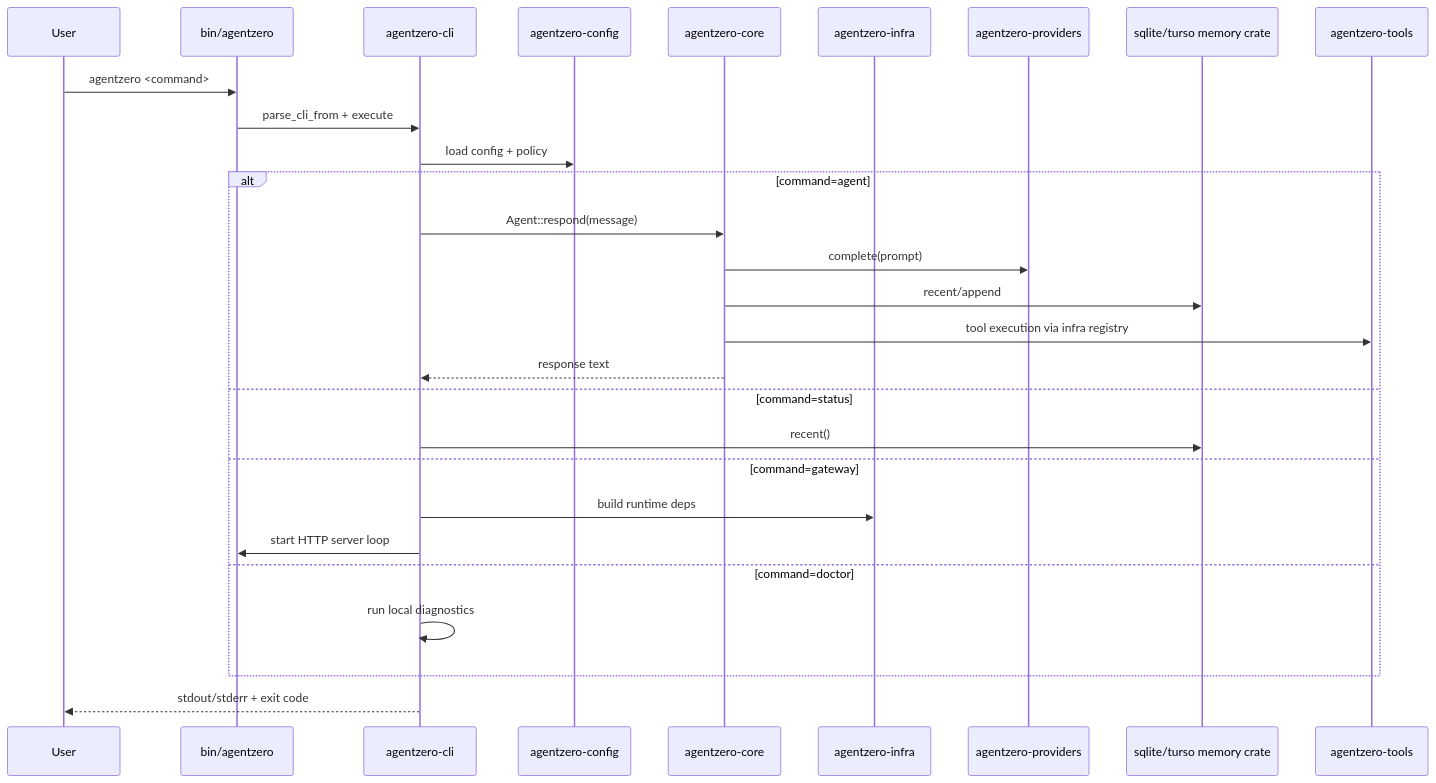
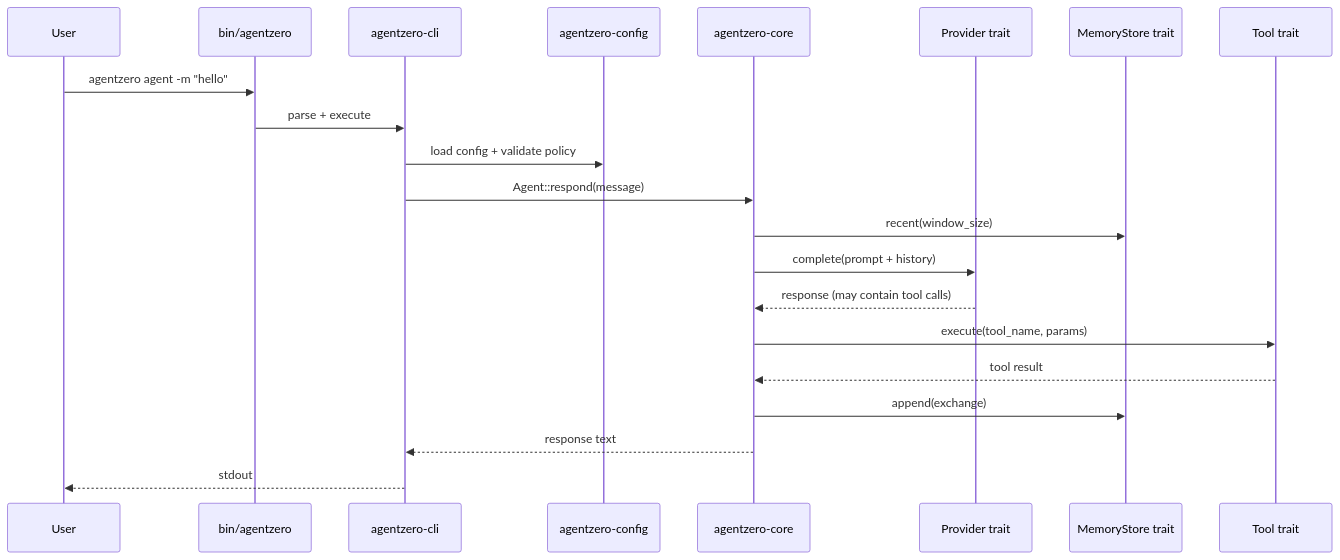
One commit to auser/agentzero changed the second of 2 diagrams in public/src/content/docs/architecture.md. Above: the diagram before and after it, drawn with Mermaid. The commit also changed other lines of this file and 52 other files, not shown here.

First line of the commit message:
feat: expand docs site with unified theme, comprehensive tool/security docs, and crate enhancements

````diff
--- a/public/src/content/docs/architecture.md
+++ b/public/src/content/docs/architecture.md
@@ -37,31 +86,24 @@
 ```mermaid
 sequenceDiagram
     participant User
     participant Bin as bin/agentzero
     participant CLI as agentzero-cli
     participant Config as agentzero-config
     participant Core as agentzero-core
-    participant Infra as agentzero-infra
-    participant Provider as agentzero-providers
-    participant Memory as sqlite/turso memory crate
-    participant Tools as agentzero-tools
+    participant Provider as Provider trait
+    participant Memory as MemoryStore trait
+    participant Tools as Tool trait
 
-    User->>Bin: agentzero <command>
-    Bin->>CLI: parse_cli_from + execute
-    CLI->>Config: load config + policy
-    alt command=agent
-        CLI->>Core: Agent::respond(message)
-        Core->>Provider: complete(prompt)
-        Core->>Memory: recent/append
-        Core->>Tools: tool execution via infra registry
-        Core-->>CLI: response text
-    else command=status
-        CLI->>Memory: recent()
-    else command=gateway
-        CLI->>Infra: build runtime deps
-        CLI->>Bin: start HTTP server loop
-    else command=doctor
-        CLI->>CLI: run local diagnostics
-    end
-    CLI-->>User: stdout/stderr + exit code
+    User->>Bin: agentzero agent -m "hello"
+    Bin->>CLI: parse + execute
+    CLI->>Config: load config + validate policy
+    CLI->>Core: Agent::respond(message)
+    Core->>Memory: recent(window_size)
+    Core->>Provider: complete(prompt + history)
+    Provider-->>Core: response (may contain tool calls)
+    Core->>Tools: execute(tool_name, params)
+    Tools-->>Core: tool result
+    Core->>Memory: append(exchange)
+    Core-->>CLI: response text
+    CLI-->>User: stdout
 ```
````
